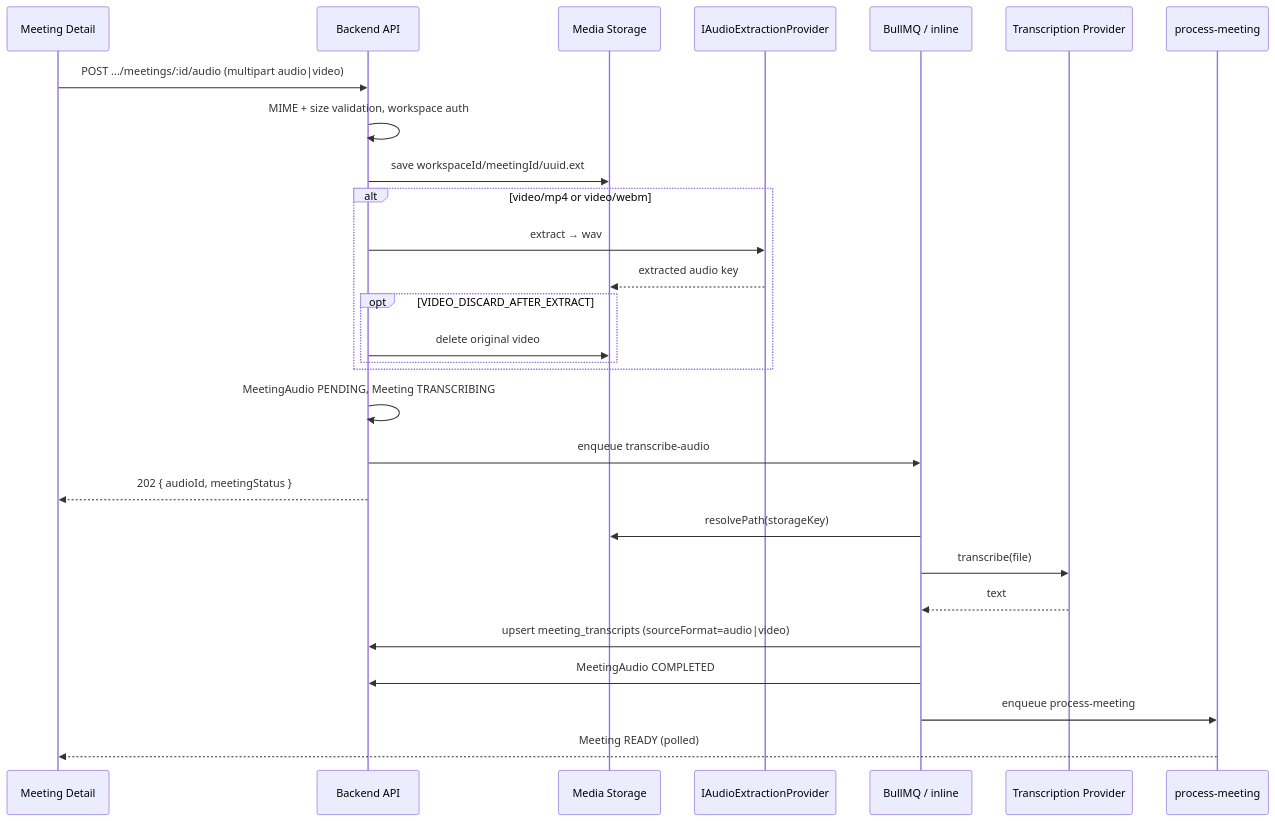
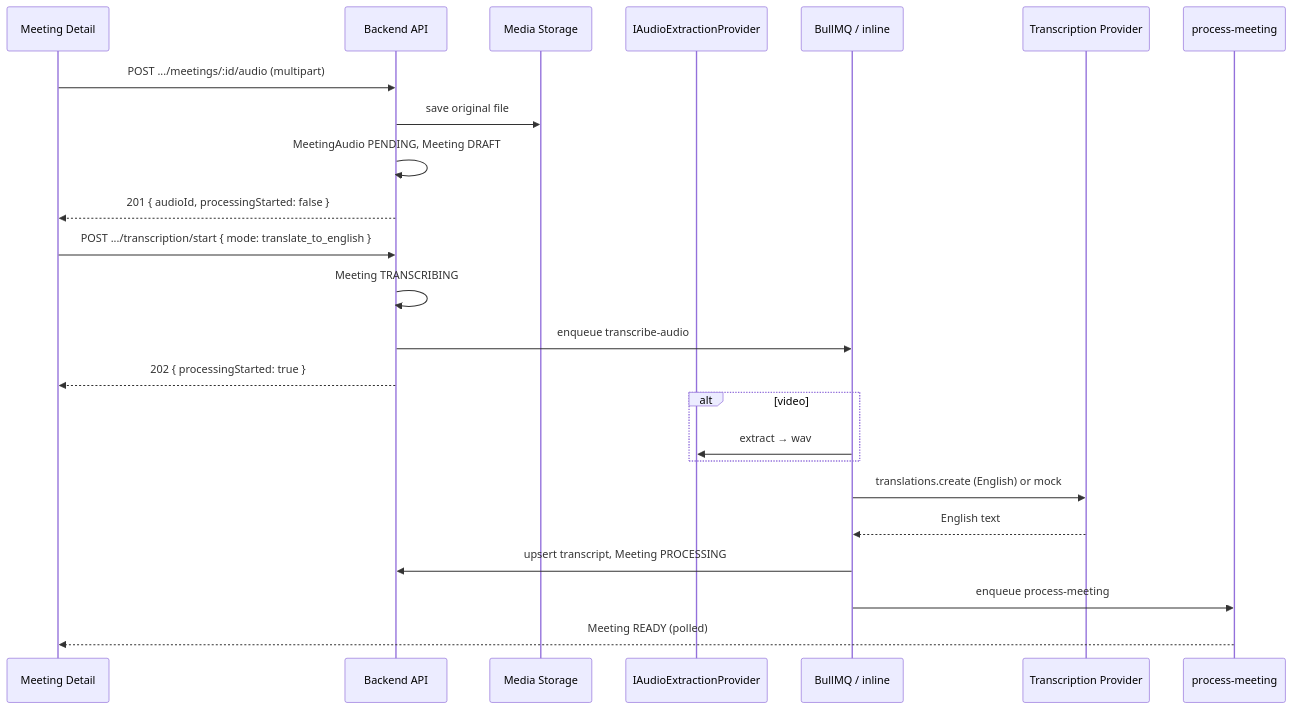
Before and after one commit to sumaiyabinterafiq97/AI-Meeting-Notes-Task-Manager: the diagram in docs/transcription-flow.md, drawn with Mermaid. The commit also changed other lines of this file and 34 other files, not shown here.

Commit message:
docs: Translate & Transcribe flow, chat corpus notes, and trim legacy QA docs

````diff
--- a/docs/transcription-flow.md
+++ b/docs/transcription-flow.md
@@ -18,32 +32,29 @@
 ```mermaid
 sequenceDiagram
   participant UI as Meeting Detail
   participant API as Backend API
   participant Store as Media Storage
   participant Extract as IAudioExtractionProvider
   participant Q as BullMQ / inline
   participant Whisper as Transcription Provider
   participant AI as process-meeting
 
-  UI->>API: POST .../meetings/:id/audio (multipart audio|video)
-  API->>API: MIME + size validation, workspace auth
-  API->>Store: save workspaceId/meetingId/uuid.ext
-  alt video/mp4 or video/webm
-    API->>Extract: extract → wav
-    Extract-->>Store: extracted audio key
-    opt VIDEO_DISCARD_AFTER_EXTRACT
-      API->>Store: delete original video
-    end
+  UI->>API: POST .../meetings/:id/audio (multipart)
+  API->>Store: save original file
+  API->>API: MeetingAudio PENDING, Meeting DRAFT
+  API-->>UI: 201 { audioId, processingStarted: false }
+
+  UI->>API: POST .../transcription/start { mode: translate_to_english }
+  API->>API: Meeting TRANSCRIBING
+  API->>Q: enqueue transcribe-audio
+  API-->>UI: 202 { processingStarted: true }
+
+  alt video
+    Q->>Extract: extract → wav
   end
-  API->>API: MeetingAudio PENDING, Meeting TRANSCRIBING
-  API->>Q: enqueue transcribe-audio
-  API-->>UI: 202 { audioId, meetingStatus }
-
-  Q->>Store: resolvePath(storageKey)
-  Q->>Whisper: transcribe(file)
-  Whisper-->>Q: text
-  Q->>API: upsert meeting_transcripts (sourceFormat=audio|video)
-  Q->>API: MeetingAudio COMPLETED
+  Q->>Whisper: translations.create (English) or mock
+  Whisper-->>Q: English text
+  Q->>API: upsert transcript, Meeting PROCESSING
   Q->>AI: enqueue process-meeting
   AI-->>UI: Meeting READY (polled)
 ```
````
